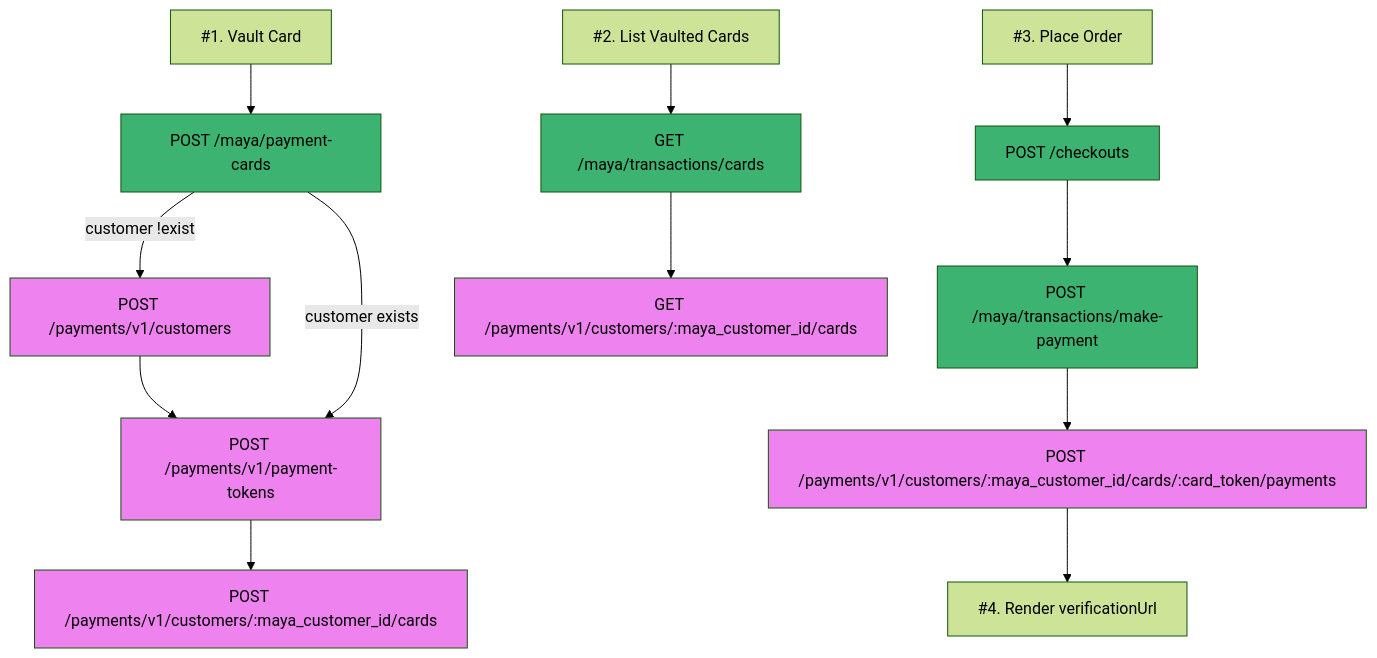
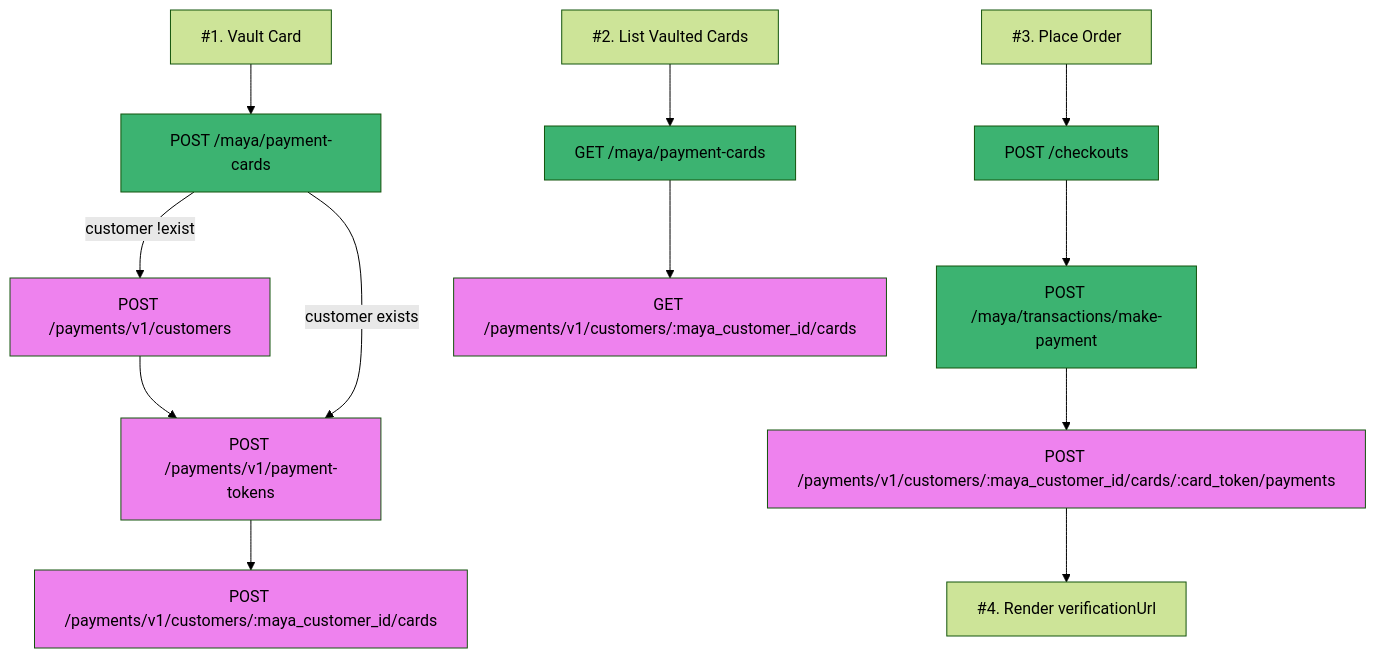
The diagram in propose-maya-payment-card-flow.md (israelcoper/mermaid-diagram), drawn with Mermaid (forest theme) before and after one commit.

````diff
--- a/propose-maya-payment-card-flow.md
+++ b/propose-maya-payment-card-flow.md
@@ -2,27 +2,27 @@
 ```mermaid
 ---
 title:
 ---
 flowchart TB;
     style B fill:#3cb371
     style F1 fill:#ee82ee
     style F2 fill:#ee82ee
     style F3 fill:#ee82ee
     style Y fill:#3cb371
     style Z fill:#ee82ee
     style E fill:#3cb371
     style G fill:#3cb371
     style H fill:#ee82ee
     A["#1. Vault Card"]-->B[POST /maya/payment-cards];
     B-- customer !exist -->F1[POST /payments/v1/customers];
     B-- customer exists -->F2[POST /payments/v1/payment-tokens];
     F1-->F2;
     F2-->F3[POST /payments/v1/customers/:maya_customer_id/cards];
-    X["#2. List Vaulted Cards"]-->Y[GET /maya/transactions/cards];
+    X["#2. List Vaulted Cards"]-->Y[GET /maya/payment-cards];
     Y-->Z[GET /payments/v1/customers/:maya_customer_id/cards];
     C["#3. Place Order"];
     C-->E[POST /checkouts];
     E-->G[POST /maya/transactions/make-payment];
     G-->H[POST /payments/v1/customers/:maya_customer_id/cards/:card_token/payments];
     H-->I["#4. Render verificationUrl"];
 ```
````
